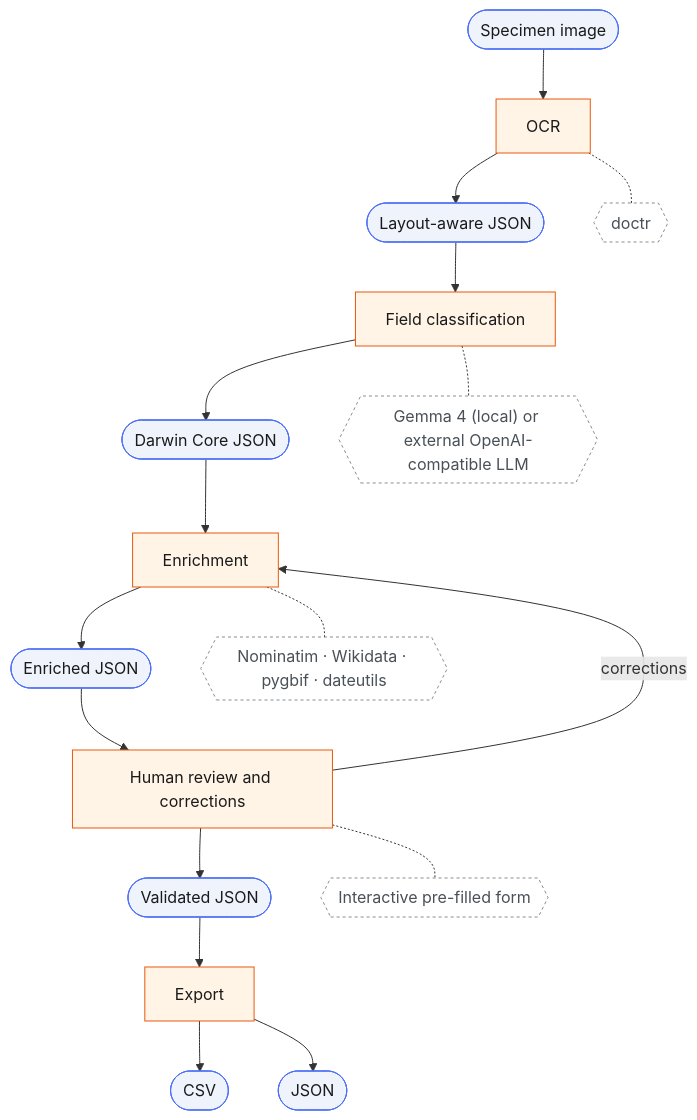
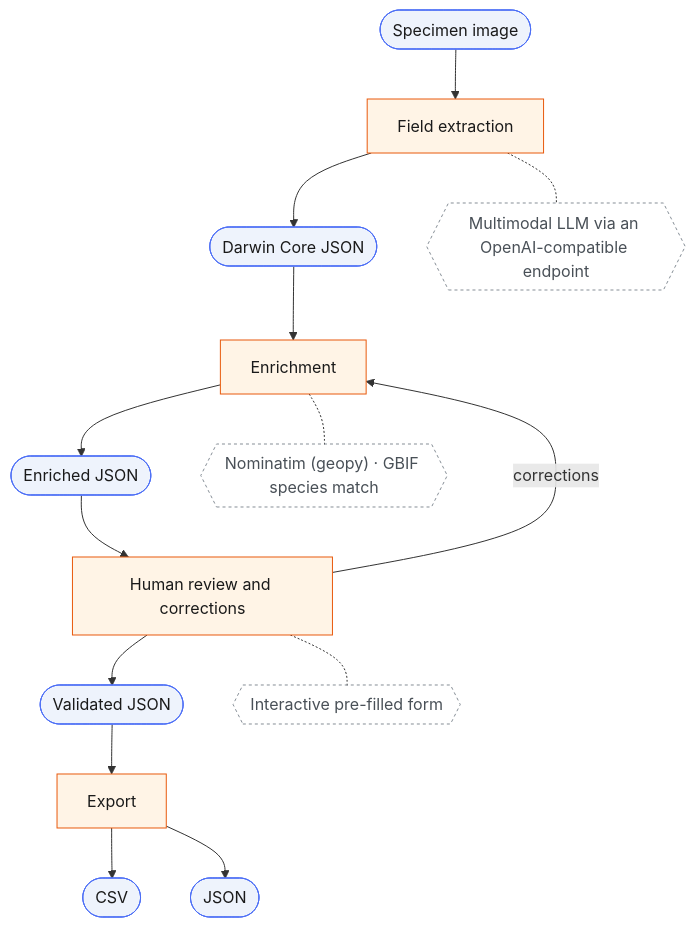
Before and after one commit to sdsc-ordes/speciai: the diagram in README.md, drawn with Mermaid. The commit also changed other lines of this file and 40 other files, not shown here.

Commit message:
refactor: first pass removal of OCR and classify steps

````diff
--- a/README.md
+++ b/README.md
@@ -26,39 +26,35 @@
 ```mermaid
 flowchart TD
     IMG(["Specimen image"])
-    LAYOUT(["Layout-aware JSON"])
     DWC(["Darwin Core JSON"])
     ENRICHED(["Enriched JSON"])
     VALID(["Validated JSON"])
     CSV(["CSV"])
     JSONOUT(["JSON"])
 
-    OCR[OCR]
-    CLASSIFY[Field classification]
+    EXTRACT[Field extraction]
     ENRICH[Enrichment]
     REVIEW[Human review and corrections]
     EXPORT[Export]
 
-    DOCTR{{doctr}}
-    GEMMA{{"Gemma 4 (local) or external OpenAI-compatible LLM"}}
-    ENRICHTECH{{"Nominatim · Wikidata · pygbif · dateutils"}}
+    LLM{{"Multimodal LLM via an OpenAI-compatible endpoint"}}
+    ENRICHTECH{{"Nominatim (geopy) · GBIF species match"}}
     FORM{{"Interactive pre-filled form"}}
 
-    IMG --> OCR --> LAYOUT --> CLASSIFY --> DWC --> ENRICH --> ENRICHED --> REVIEW --> VALID --> EXPORT
+    IMG --> EXTRACT --> DWC --> ENRICH --> ENRICHED --> REVIEW --> VALID --> EXPORT
     EXPORT --> CSV
     EXPORT --> JSONOUT
     REVIEW -->|corrections| ENRICH
 
-    OCR -.- DOCTR
-    CLASSIFY -.- GEMMA
+    EXTRACT -.- LLM
     ENRICH -.- ENRICHTECH
     REVIEW -.- FORM
 
     classDef data fill:#eef3fc,stroke:#4c6ef5,color:#1a1a1a;
     classDef proc fill:#fff4e6,stroke:#e8590c,color:#1a1a1a;
     classDef tech fill:none,stroke:#868e96,stroke-dasharray: 3 3,color:#495057;
 
-    class IMG,LAYOUT,DWC,ENRICHED,VALID,CSV,JSONOUT data;
-    class OCR,CLASSIFY,ENRICH,REVIEW,EXPORT proc;
-    class DOCTR,GEMMA,ENRICHTECH,FORM tech;
+    class IMG,DWC,ENRICHED,VALID,CSV,JSONOUT data;
+    class EXTRACT,ENRICH,REVIEW,EXPORT proc;
+    class LLM,ENRICHTECH,FORM tech;
 ```
````
